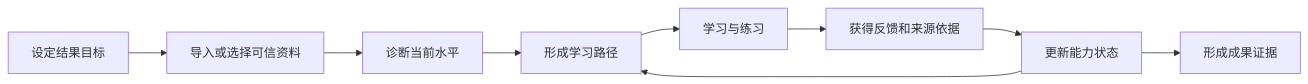
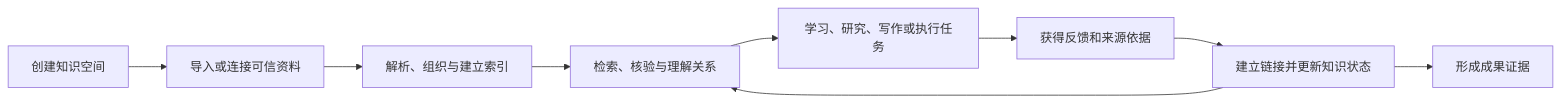
The first of 2 diagrams in docs/product/MRD.md (tangtongqing/pm-knowledge-hub), drawn with Mermaid before and after one commit. The commit also changed other lines of this file and 28 other files, not shown here.

````diff
--- a/docs/product/MRD.md
+++ b/docs/product/MRD.md
@@ -156,11 +171,11 @@
 ```mermaid
 flowchart LR
-    A["设定结果目标"] --> B["导入或选择可信资料"]
-    B --> C["诊断当前水平"]
-    C --> D["形成学习路径"]
-    D --> E["学习与练习"]
+    A["创建知识空间"] --> B["导入或连接可信资料"]
+    B --> C["解析、组织与建立索引"]
+    C --> D["检索、核验与理解关系"]
+    D --> E["学习、研究、写作或执行任务"]
     E --> F["获得反馈和来源依据"]
-    F --> G["更新能力状态"]
+    F --> G["建立链接并更新知识状态"]
     G --> D
     G --> H["形成成果证据"]
 ```
````
